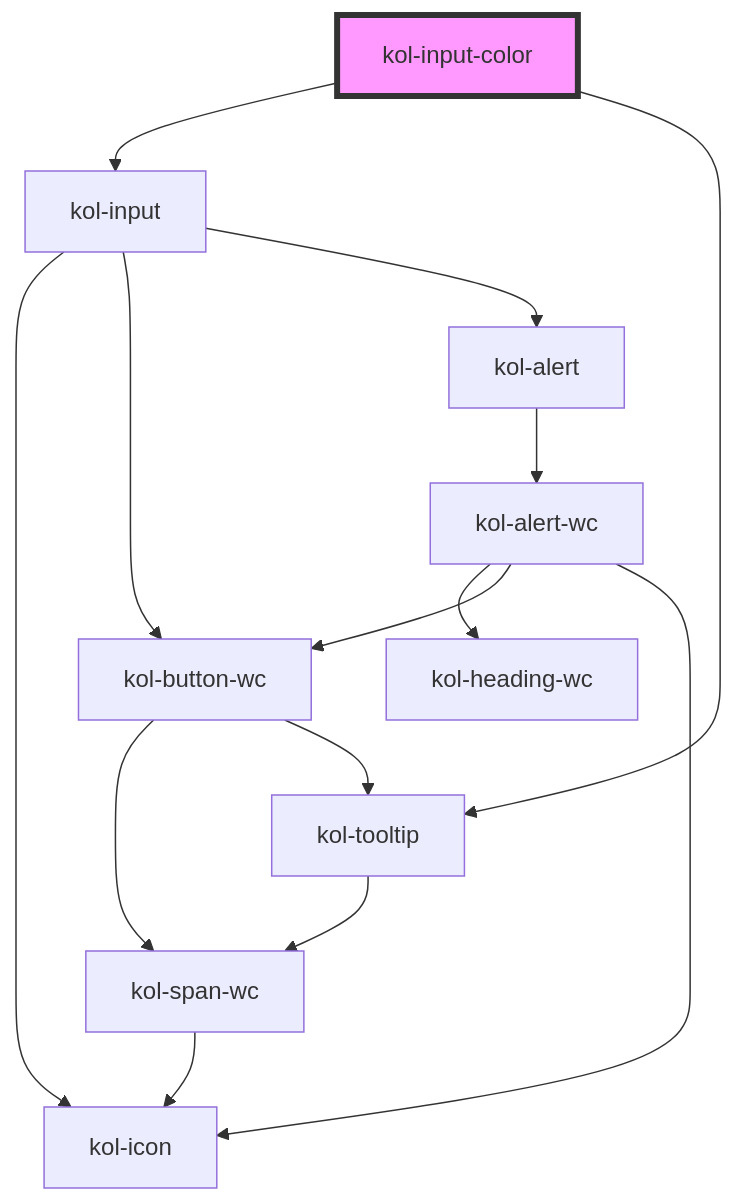
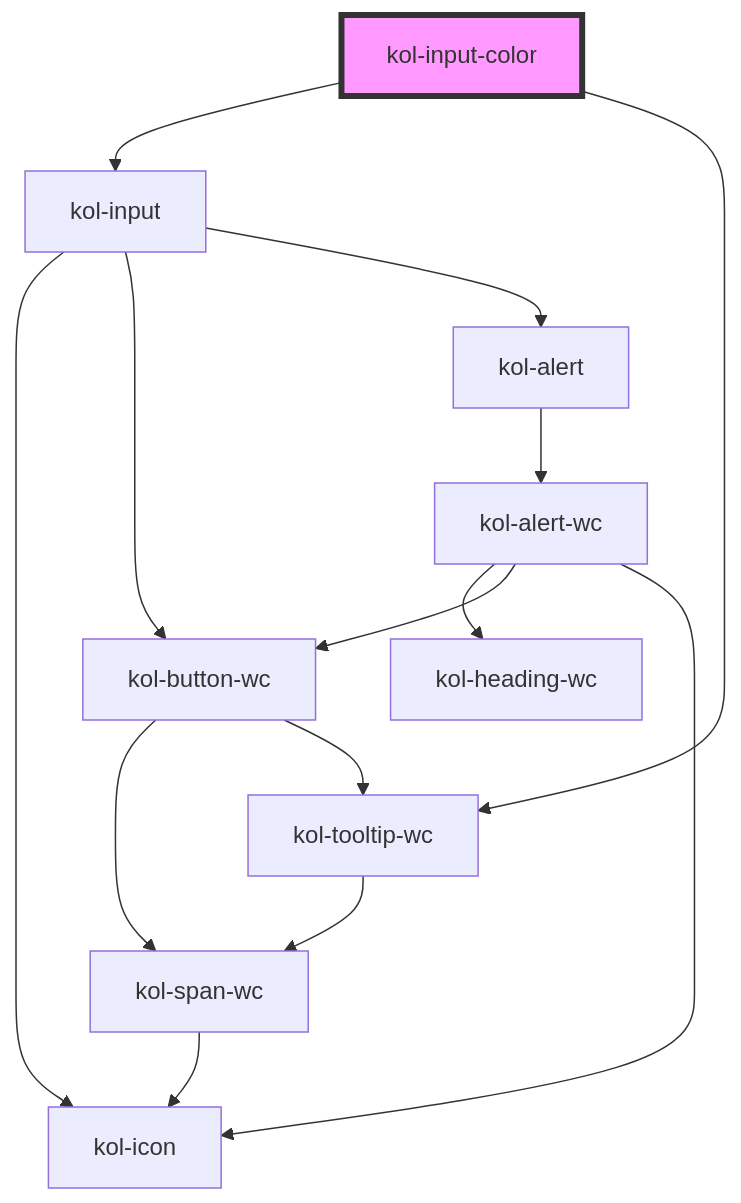
Before and after one commit to public-ui/kolibri: the diagram in packages/components/src/components/input-color/readme.md, drawn with Mermaid. The commit also changed other lines of this file and 99 other files, not shown here.

````diff
--- a/packages/components/src/components/input-color/readme.md
+++ b/packages/components/src/components/input-color/readme.md
@@ -86,17 +86,17 @@
 ```mermaid
 graph TD;
   kol-input-color --> kol-input
-  kol-input-color --> kol-tooltip
+  kol-input-color --> kol-tooltip-wc
   kol-input --> kol-icon
   kol-input --> kol-button-wc
   kol-input --> kol-alert
   kol-button-wc --> kol-span-wc
-  kol-button-wc --> kol-tooltip
+  kol-button-wc --> kol-tooltip-wc
   kol-span-wc --> kol-icon
-  kol-tooltip --> kol-span-wc
+  kol-tooltip-wc --> kol-span-wc
   kol-alert --> kol-alert-wc
   kol-alert-wc --> kol-heading-wc
   kol-alert-wc --> kol-button-wc
   kol-alert-wc --> kol-icon
   style kol-input-color fill:#f9f,stroke:#333,stroke-width:4px
 ```
````
